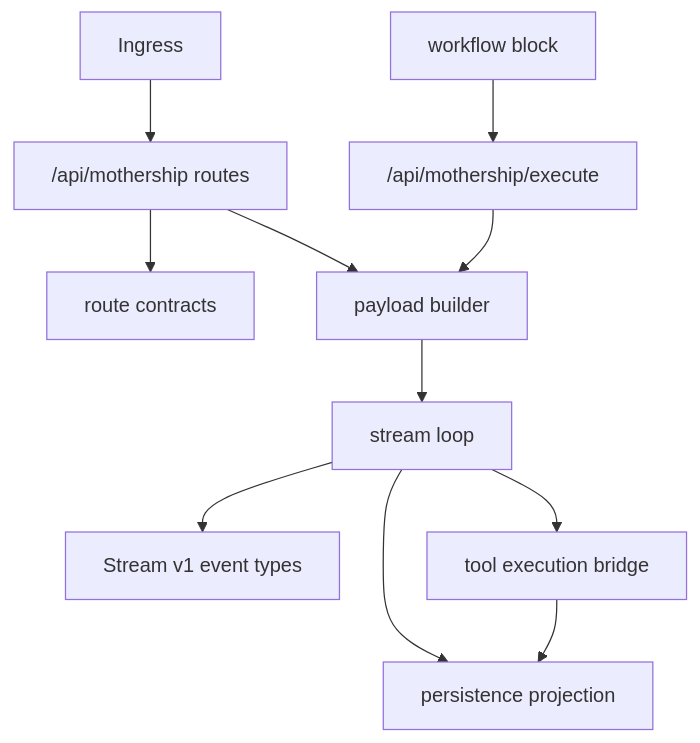
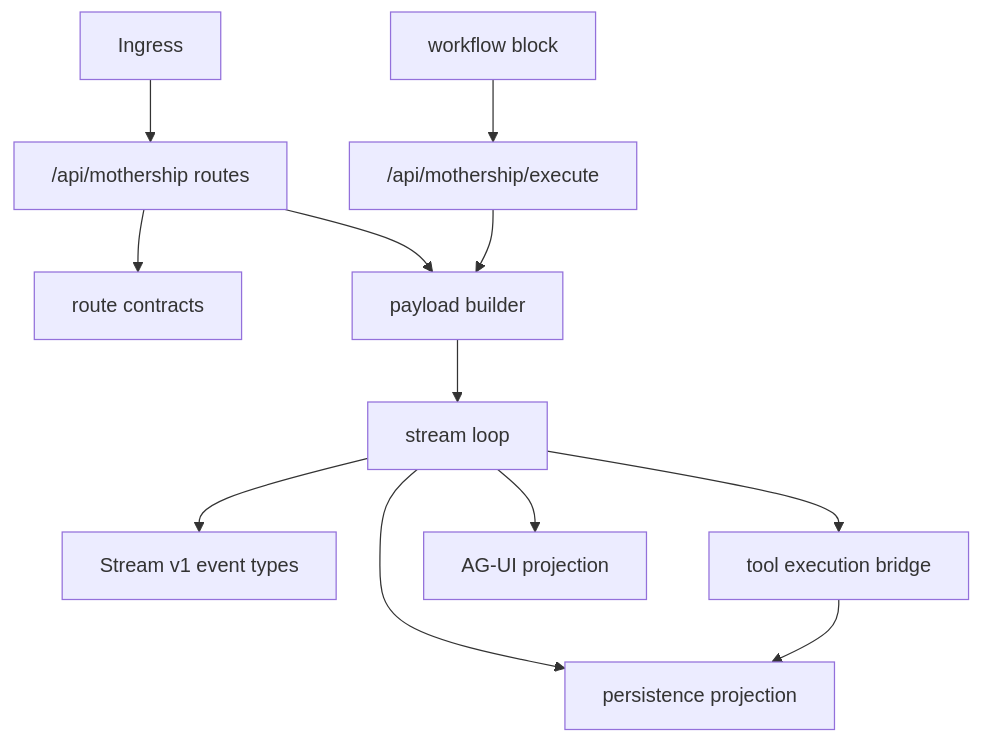
Before and after one commit to nfbs2000/speaky-sim: the first of 3 diagrams in site/docs/mothership-contract/index.md, drawn with Mermaid. The commit also changed other lines of this file and 6 other files, not shown here.

````diff
--- a/site/docs/mothership-contract/index.md
+++ b/site/docs/mothership-contract/index.md
@@ -7,13 +9,14 @@
 ```mermaid
 flowchart TB
   Ingress["Ingress"] --> Api["/api/mothership routes"]
   Api --> Contract["route contracts"]
   Api --> Payload["payload builder"]
   Payload --> Stream["stream loop"]
   Stream --> Events["Stream v1 event types"]
   Stream --> ToolBridge["tool execution bridge"]
   Stream --> Projection["persistence projection"]
+  Stream --> Agui["AG-UI projection"]
   ToolBridge --> Projection
   Workflow["workflow block"] --> Execute["/api/mothership/execute"]
   Execute --> Payload
 ```
````
